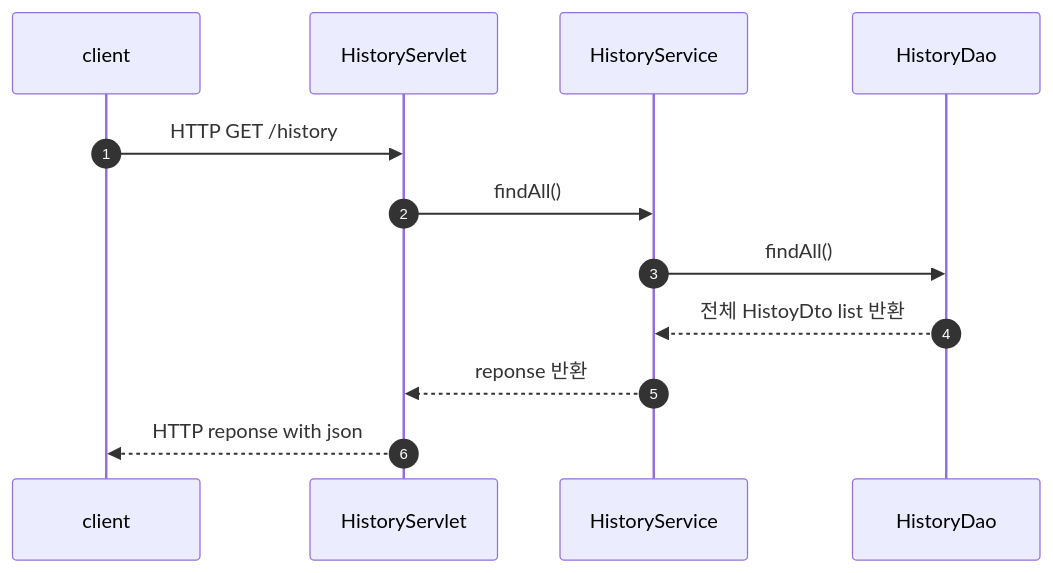
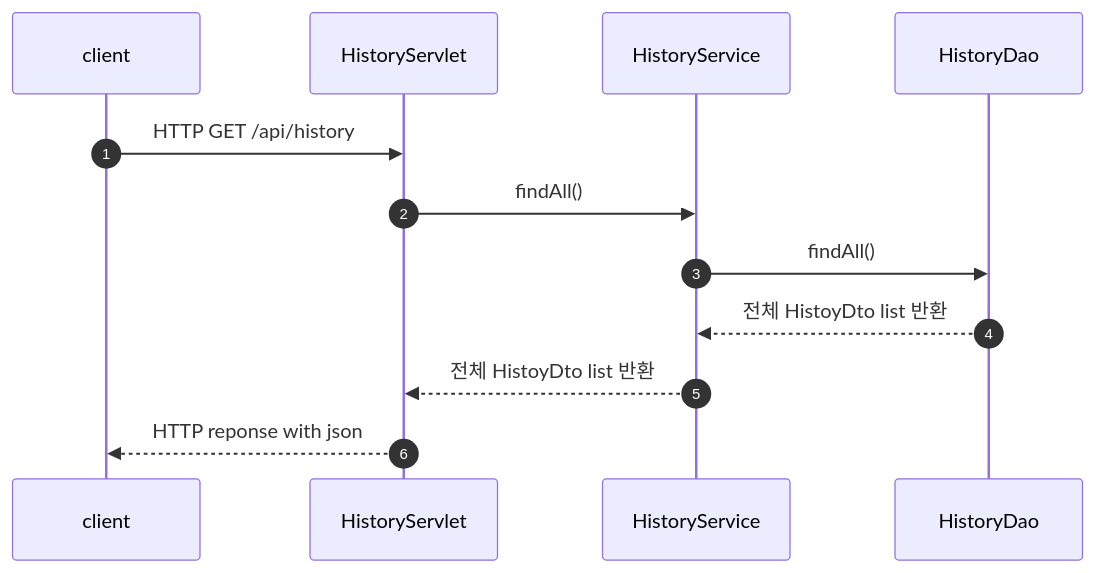
Before and after one commit to kimJH47/wifiServer: the fifth of 13 diagrams in readme.md, drawn with Mermaid. The commit also changed other lines of this file, not shown here.

Commit message:
fix: flow chart, api 명세 수정

````diff
--- a/readme.md
+++ b/readme.md
@@ -93,16 +95,16 @@
 ```mermaid
     sequenceDiagram
     autonumber
     participant client
     participant HistoryServlet
     participant HistoryService
     participant HistoryDao
 
-    client->> HistoryServlet: HTTP GET /history 
+    client->> HistoryServlet: HTTP GET /api/history 
     HistoryServlet->> HistoryService: findAll()
     HistoryService->> HistoryDao: findAll()
     HistoryDao-->>HistoryService: 전체 HistoyDto list 반환
-    HistoryService-->>HistoryServlet: reponse 반환
+    HistoryService-->>HistoryServlet: 전체 HistoyDto list 반환
     HistoryServlet-->> client : HTTP reponse with json
     
 ```
````
